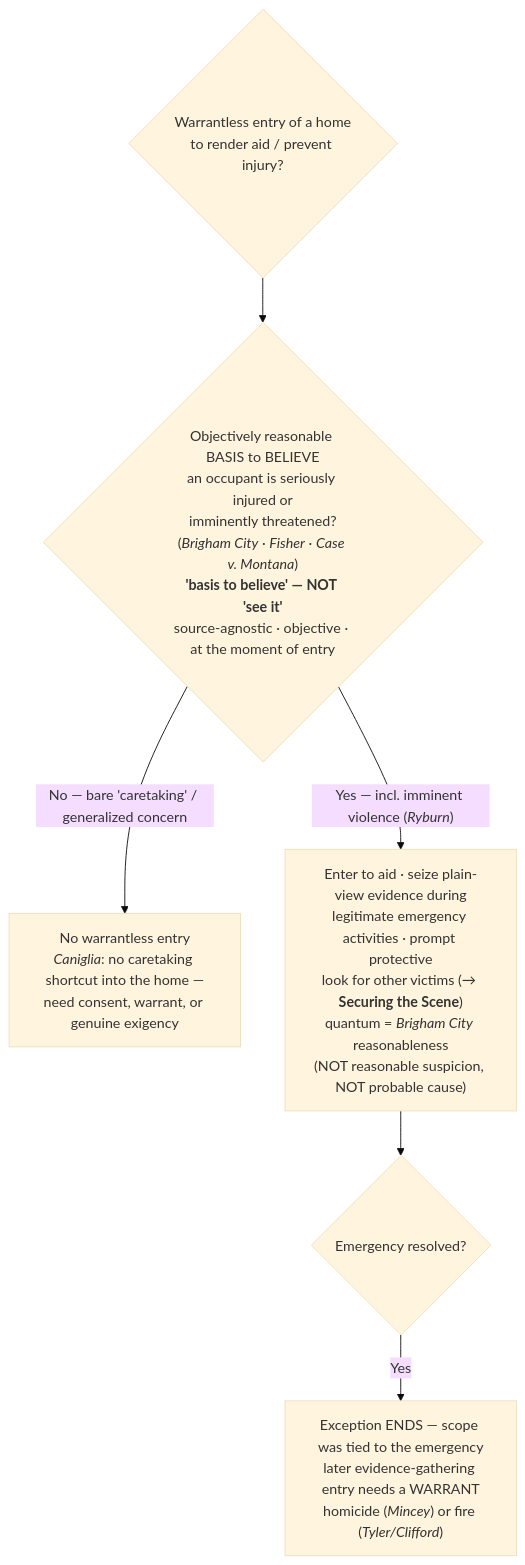
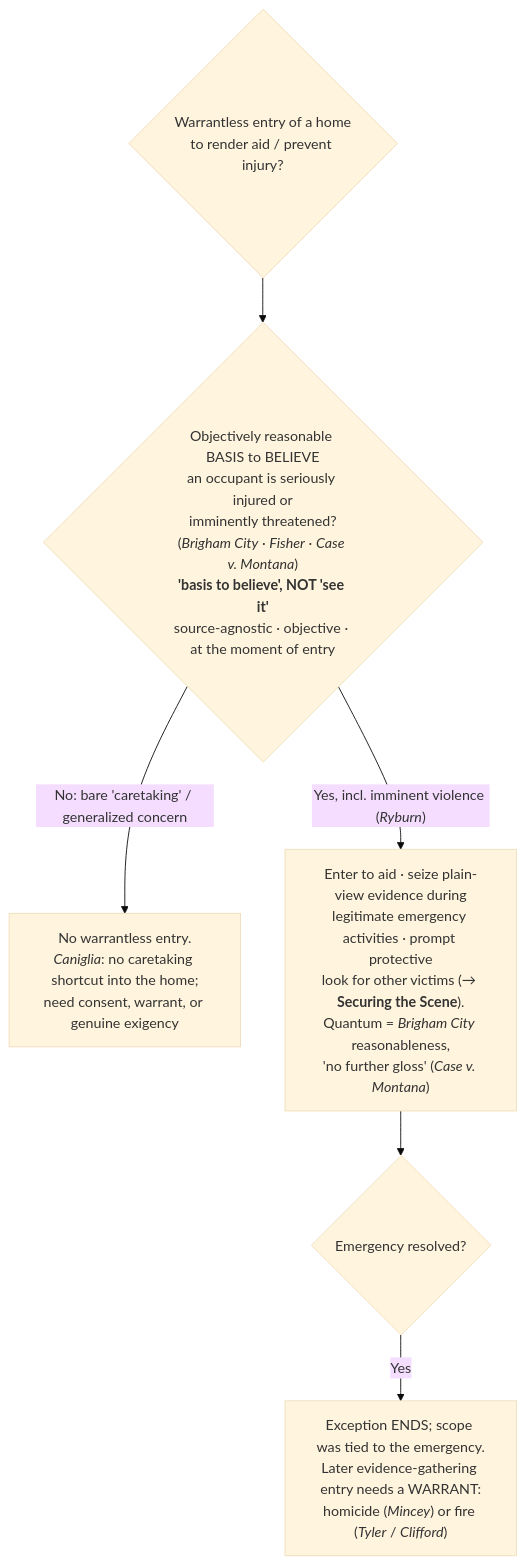
The diagram in content/warrant-exceptions/home-entry-and-search/Emergency Aid.md (Enragedsaturday/enragedsaturday.github.io), drawn with Mermaid (base theme) before and after one commit. The commit also changed other lines of this file and 20 other files, not shown here.

````diff
--- a/content/warrant-exceptions/home-entry-and-search/Emergency Aid.md
+++ b/content/warrant-exceptions/home-entry-and-search/Emergency Aid.md
@@ -67,9 +95,9 @@
 ```mermaid
 flowchart TD
   Q{"Warrantless entry of a home<br/>to render aid / prevent injury?"}
-  Q --> B{"Objectively reasonable BASIS to BELIEVE<br/>an occupant is seriously injured or<br/>imminently threatened?<br/>(<i>Brigham City</i> · <i>Fisher</i> · <i>Case v. Montana</i>)<br/><b>'basis to believe' — NOT 'see it'</b><br/>source-agnostic · objective · at the moment of entry"}
-  B -->|"No — bare 'caretaking' / generalized concern"| X["No warrantless entry<br/><i>Caniglia</i>: no caretaking shortcut into the home —<br/>need consent, warrant, or genuine exigency"]
-  B -->|"Yes — incl. imminent violence (<i>Ryburn</i>)"| A["Enter to aid · seize plain-view evidence during<br/>legitimate emergency activities · prompt protective<br/>look for other victims (→ <b>Securing the Scene</b>)<br/>quantum = <i>Brigham City</i> reasonableness<br/>(NOT reasonable suspicion, NOT probable cause)"]
+  Q --> B{"Objectively reasonable BASIS to BELIEVE<br/>an occupant is seriously injured or<br/>imminently threatened?<br/>(<i>Brigham City</i> · <i>Fisher</i> · <i>Case v. Montana</i>)<br/><b>'basis to believe', NOT 'see it'</b><br/>source-agnostic · objective · at the moment of entry"}
+  B -->|"No: bare 'caretaking' / generalized concern"| X["No warrantless entry.<br/><i>Caniglia</i>: no caretaking shortcut into the home;<br/>need consent, warrant, or genuine exigency"]
+  B -->|"Yes, incl. imminent violence (<i>Ryburn</i>)"| A["Enter to aid · seize plain-view evidence during<br/>legitimate emergency activities · prompt protective<br/>look for other victims (&rarr; <b>Securing the Scene</b>).<br/>Quantum = <i>Brigham City</i> reasonableness,<br/>'no further gloss' (<i>Case v. Montana</i>)"]
   A --> E{"Emergency resolved?"}
-  E -->|Yes| L["Exception ENDS — scope was tied to the emergency<br/>later evidence-gathering entry needs a WARRANT<br/>homicide (<i>Mincey</i>) or fire (<i>Tyler/Clifford</i>)"]
+  E -->|Yes| L["Exception ENDS; scope was tied to the emergency.<br/>Later evidence-gathering entry needs a WARRANT:<br/>homicide (<i>Mincey</i>) or fire (<i>Tyler</i> / <i>Clifford</i>)"]
 ```
````
